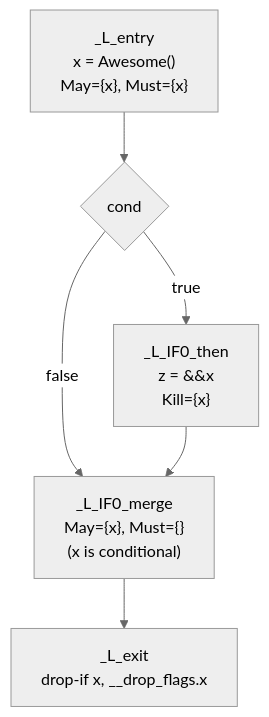
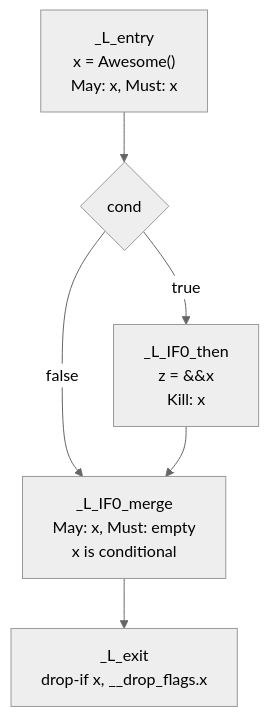
The fifth of 6 diagrams in src/cxy/lang/middle/memory/README.md (cxy-lang/cxy), drawn with Mermaid (neutral theme) before and after one commit. The commit also changed other lines of this file, not shown here.

Commit message:
docs(mem): sanitize mermaid diagram arrow labels and node text

````diff
--- a/src/cxy/lang/middle/memory/README.md
+++ b/src/cxy/lang/middle/memory/README.md
@@ -151,8 +151,8 @@
 ```mermaid
 flowchart TD
-    Entry["_L_entry\nx = Awesome()\nMay={x}, Must={x}"] --> Cond{"cond"}
-    Cond -->|true| Then["_L_IF0_then\nz = &&x\nKill={x}"]
-    Cond -->|false| Merge["_L_IF0_merge\nMay={x}, Must={}\n(x is conditional)"]
+    Entry["_L_entry\nx = Awesome()\nMay: x, Must: x"] --> Cond{"cond"}
+    Cond -->|true| Then["_L_IF0_then\nz = &&x\nKill: x"]
+    Cond -->|false| Merge["_L_IF0_merge\nMay: x, Must: empty\nx is conditional"]
     Then --> Merge
     Merge --> Exit["_L_exit\ndrop-if x, __drop_flags.x"]
 ```
````
